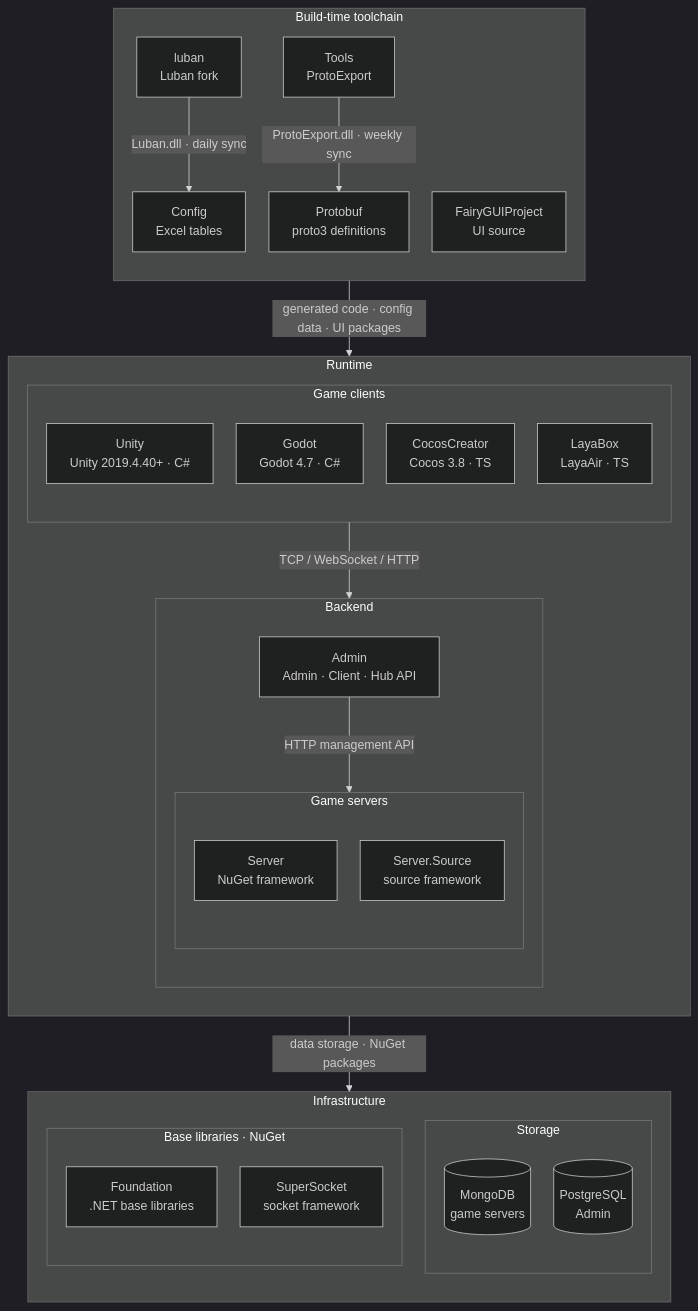
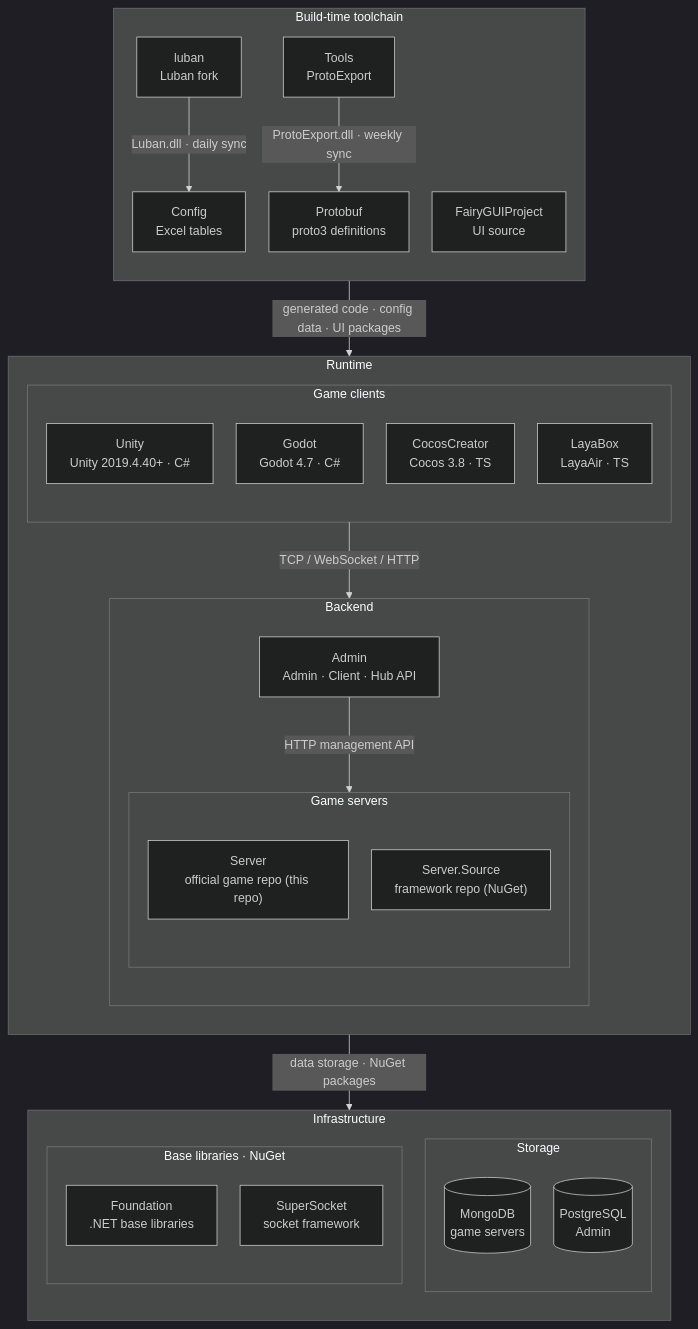
Before and after one commit to GameFrameX/GameFrameX.Server: the diagram in README.md, drawn with Mermaid (dark theme). The commit also changed other lines of this file and 4 other files, not shown here.

````diff
--- a/README.md
+++ b/README.md
@@ -509,46 +509,46 @@
 ```mermaid
 %%{init: {"flowchart": {"curve": "linear", "nodeSpacing": 30, "rankSpacing": 50}}}%%
 flowchart TB
     subgraph Toolchain["Build-time toolchain"]
         direction TB
         Luban["luban<br/>Luban fork"] -- "Luban.dll · daily sync" --> Config["Config<br/>Excel tables"]
         Tools["Tools<br/>ProtoExport"] -- "ProtoExport.dll · weekly sync" --> Protobuf["Protobuf<br/>proto3 definitions"]
         FairyGUI["FairyGUIProject<br/>UI source"]
     end
     subgraph Runtime["Runtime"]
         direction TB
         subgraph Clients["Game clients"]
             direction TB
             Unity["Unity<br/>Unity 2019.4.40+ · C#"]
             Godot["Godot<br/>Godot 4.7 · C#"]
             Cocos["CocosCreator<br/>Cocos 3.8 · TS"]
             Laya["LayaBox<br/>LayaAir · TS"]
         end
         subgraph Backend["Backend"]
             direction TB
             Admin["Admin<br/>Admin · Client · Hub API"]
             subgraph GameServers["Game servers"]
                 direction TB
-                Server["Server<br/>NuGet framework"]
-                ServerSource["Server.Source<br/>source framework"]
+                Server["Server<br/>official game repo (this repo)"]
+                ServerSource["Server.Source<br/>framework repo (NuGet)"]
             end
         end
     end
     subgraph Infrastructure["Infrastructure"]
         direction TB
         subgraph Storage["Storage"]
             direction TB
             Mongo[("MongoDB<br/>game servers")]
             Postgres[("PostgreSQL<br/>Admin")]
         end
         subgraph Libraries["Base libraries · NuGet"]
             direction TB
             Foundation["Foundation<br/>.NET base libraries"]
             SuperSocket["SuperSocket<br/>socket framework"]
         end
     end
     Toolchain -- "generated code · config data · UI packages" --> Runtime
     Clients -- "TCP / WebSocket / HTTP" --> Backend
     Admin -- "HTTP management API" --> GameServers
     Runtime -- "data storage · NuGet packages" --> Infrastructure
 ```
````
